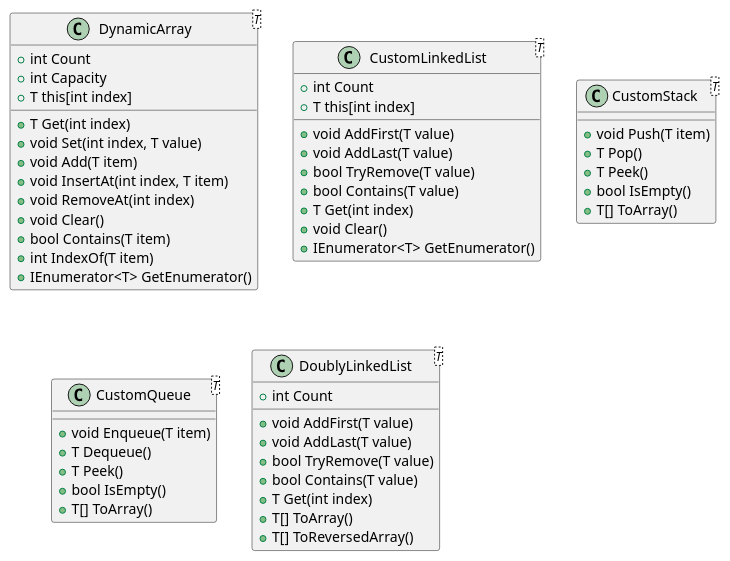
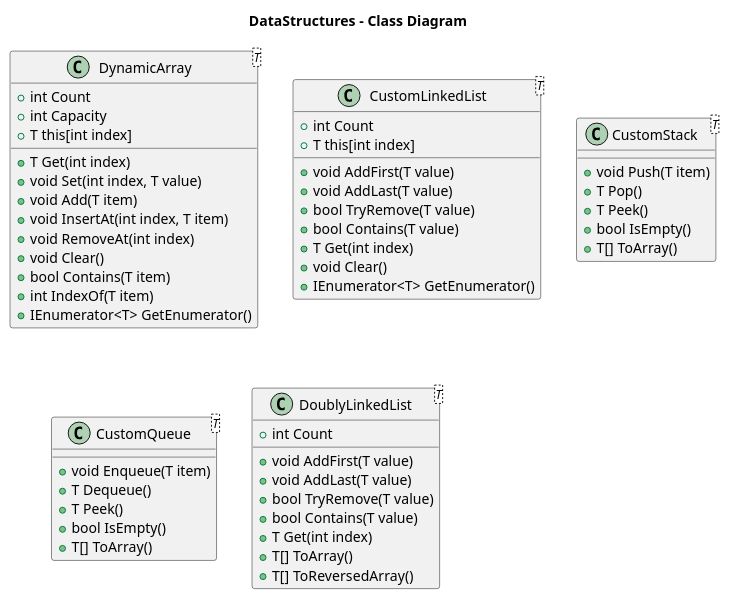
One commit to drccastillo/csharp-course changed the diagram in DataStructures/uml/data-structures-class-diagram.puml. Above: the diagram before and after it, drawn with PlantUML. The commit also changed 12 other files, not shown here.

```diff
--- a/DataStructures/uml/data-structures-class-diagram.puml
+++ b/DataStructures/uml/data-structures-class-diagram.puml
@@ -1,51 +1,52 @@
 @startuml
+title DataStructures - Class Diagram
 class DynamicArray<T> {
   +int Count
   +int Capacity
   +T Get(int index)
   +void Set(int index, T value)
   +void Add(T item)
   +void InsertAt(int index, T item)
   +void RemoveAt(int index)
   +void Clear()
   +bool Contains(T item)
   +int IndexOf(T item)
   +T this[int index]
   +IEnumerator<T> GetEnumerator()
 }
 class CustomLinkedList<T> {
   +int Count
   +void AddFirst(T value)
   +void AddLast(T value)
   +bool TryRemove(T value)
   +bool Contains(T value)
   +T Get(int index)
   +void Clear()
   +T this[int index]
   +IEnumerator<T> GetEnumerator()
 }
 class CustomStack<T> {
   +void Push(T item)
   +T Pop()
   +T Peek()
   +bool IsEmpty()
   +T[] ToArray()
 }
 class CustomQueue<T> {
   +void Enqueue(T item)
   +T Dequeue()
   +T Peek()
   +bool IsEmpty()
   +T[] ToArray()
 }
 class DoublyLinkedList<T> {
   +int Count
   +void AddFirst(T value)
   +void AddLast(T value)
   +bool TryRemove(T value)
   +bool Contains(T value)
   +T Get(int index)
   +T[] ToArray()
   +T[] ToReversedArray()
 }
 @enduml
```
